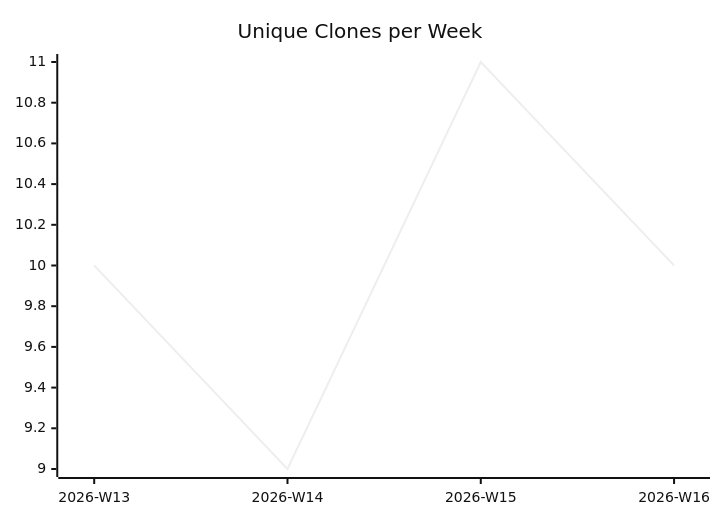
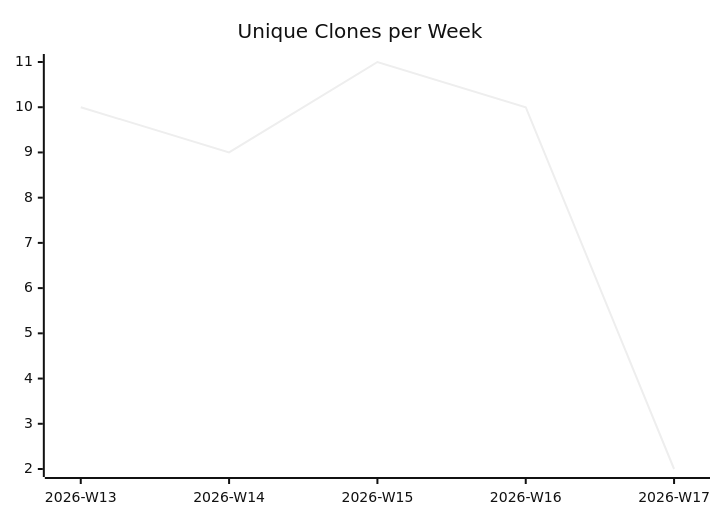
The third of 3 diagrams in karlmdavis/usgs-water-api-java/README.md (justdavis-family/github-analytics-data), drawn with Mermaid (neutral theme) before and after one commit. The commit also changed other lines of this file and 192 other files, not shown here.

````diff
--- a/karlmdavis/usgs-water-api-java/README.md
+++ b/karlmdavis/usgs-water-api-java/README.md
@@ -19,6 +19,6 @@
 ```mermaid
 xychart-beta
   title "Unique Clones per Week"
-  x-axis ["2026-W13", "2026-W14", "2026-W15", "2026-W16"]
-  line [10, 9, 11, 10]
+  x-axis ["2026-W13", "2026-W14", "2026-W15", "2026-W16", "2026-W17"]
+  line [10, 9, 11, 10, 2]
 ```
````
